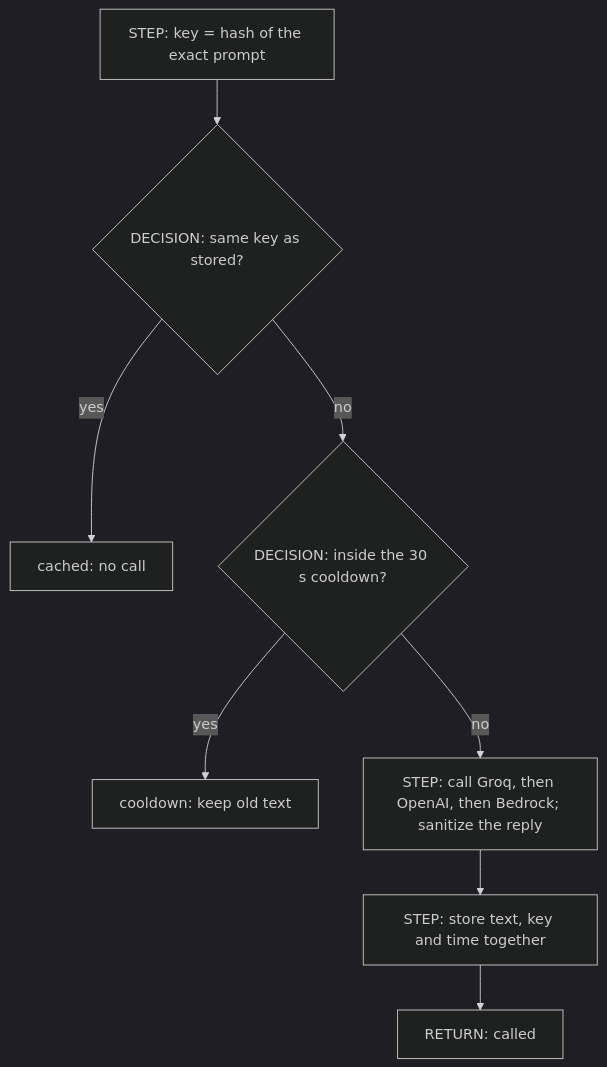
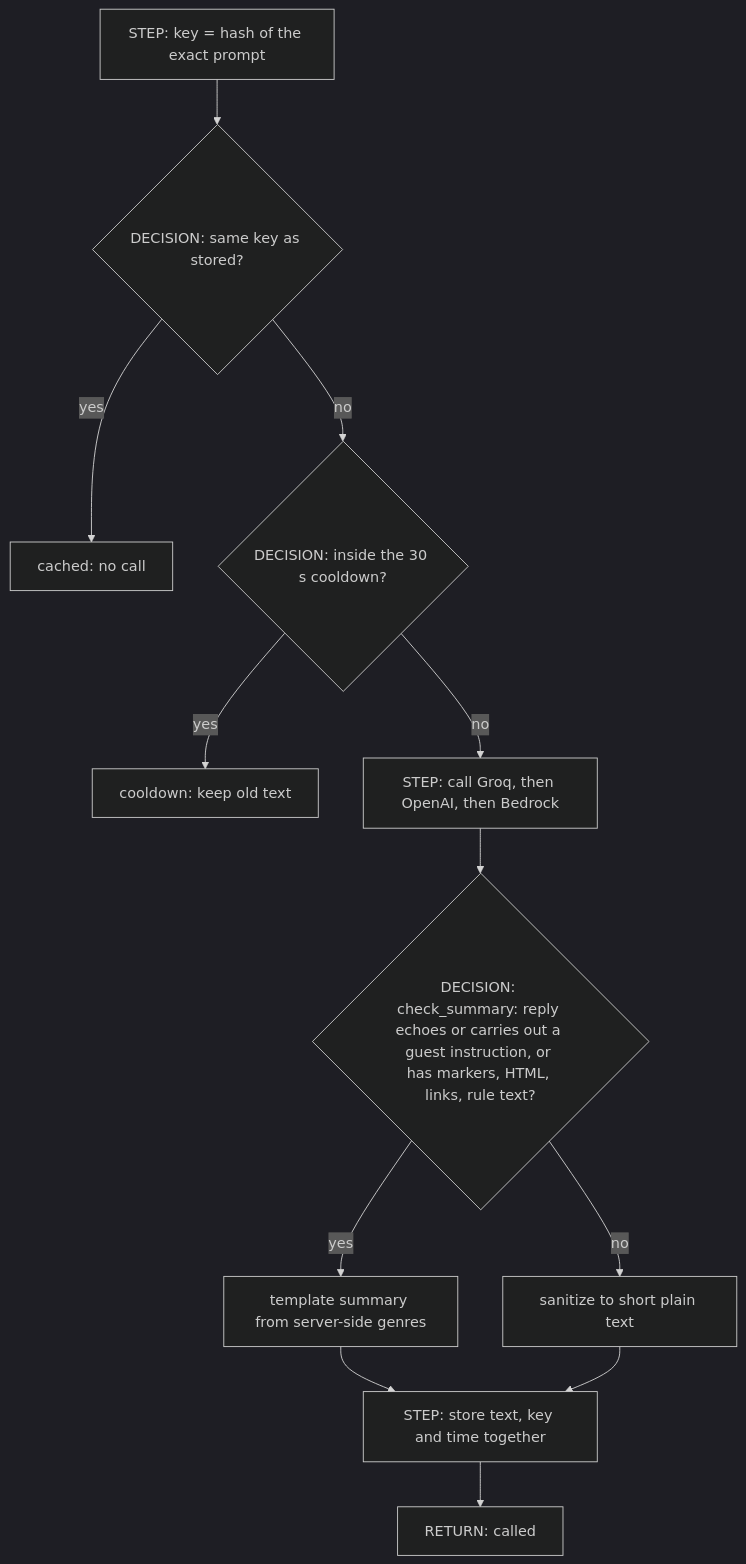
The diagram in docs/cards/summary-cache.md (SushantTusharJoshi/ai-playlist-mixer), drawn with Mermaid (dark theme) before and after one commit. The commit also changed other lines of this file and 3 other files, not shown here.

First line of the commit message:
Restate the task in the judge rubric; docs for the summary post-check

````diff
--- a/docs/cards/summary-cache.md
+++ b/docs/cards/summary-cache.md
@@ -15,10 +15,14 @@
 ```mermaid
 flowchart TD
     A["STEP: key = hash of the exact prompt"] --> B{"DECISION: same key as stored?"}
     B -- yes --> R1["cached: no call"]
     B -- no --> C{"DECISION: inside the 30 s cooldown?"}
     C -- yes --> R2["cooldown: keep old text"]
-    C -- no --> D["STEP: call Groq, then OpenAI, then Bedrock; sanitize the reply"]
-    D --> E["STEP: store text, key and time together"]
+    C -- no --> D["STEP: call Groq, then OpenAI, then Bedrock"]
+    D --> G{"DECISION: check_summary: reply echoes or carries out a guest instruction, or has markers, HTML, links, rule text?"}
+    G -- yes --> T["template summary from server-side genres"]
+    G -- no --> S["sanitize to short plain text"]
+    T --> E["STEP: store text, key and time together"]
+    S --> E
     E --> F["RETURN: called"]
 ```
````
